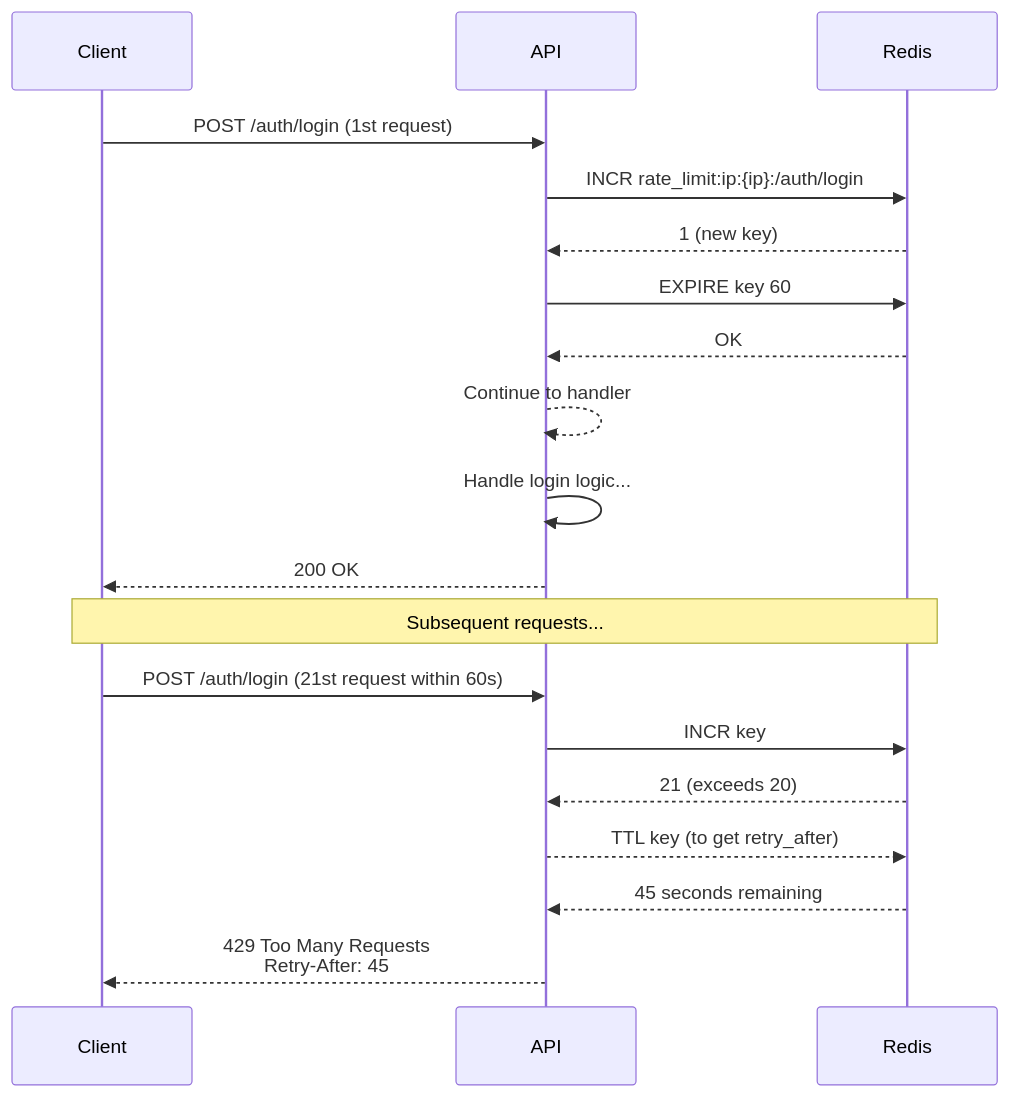
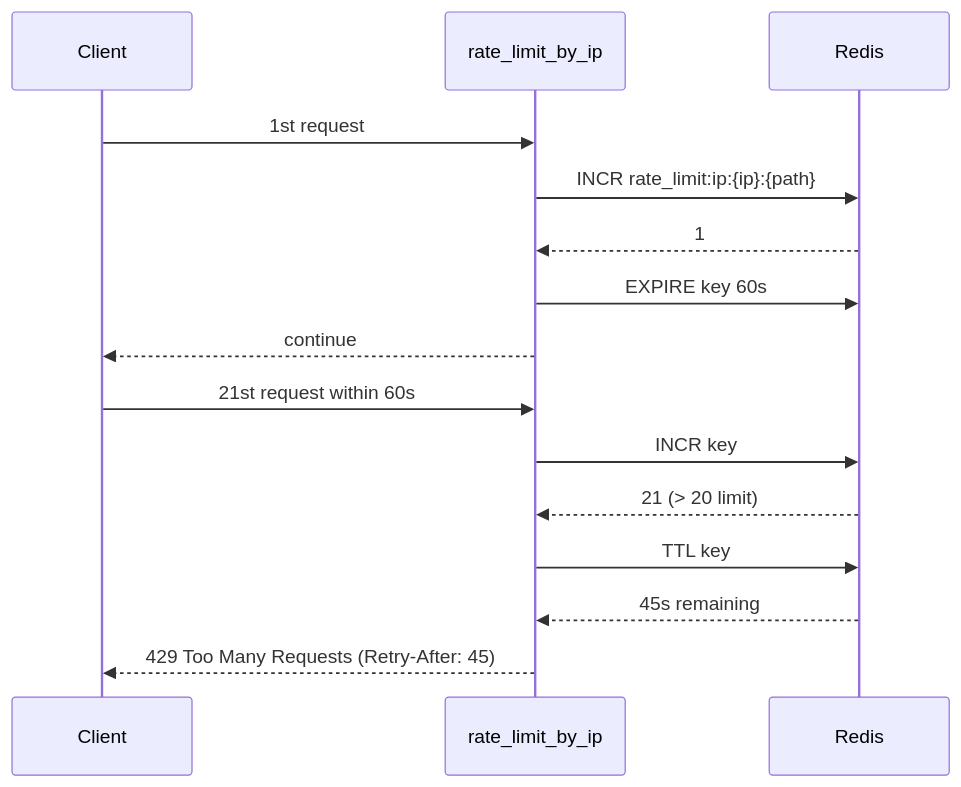
Before and after one commit to anaswaleedtahir/kosmos-ecommerce: the tenth of 10 diagrams in docs/09-sequence-diagrams.md, drawn with Mermaid. The commit also changed other lines of this file and 7 other files, not shown here.

First line of the commit message:
docs: update all docs to reflect hexagonal architecture

````diff
--- a/docs/09-sequence-diagrams.md
+++ b/docs/09-sequence-diagrams.md
@@ -365,24 +277,19 @@
 ```mermaid
 sequenceDiagram
     participant Client
-    participant API
+    participant RateLimit as rate_limit_by_ip
     participant Redis
 
-    Client->>API: POST /auth/login (1st request)
-    API->>Redis: INCR rate_limit:ip:{ip}:/auth/login
-    Redis-->>API: 1 (new key)
-    API->>Redis: EXPIRE key 60
-    Redis-->>API: OK
-    API-->>API: Continue to handler
-    API->>API: Handle login logic...
-    API-->>Client: 200 OK
+    Client->>RateLimit: 1st request
+    RateLimit->>Redis: INCR rate_limit:ip:{ip}:{path}
+    Redis-->>RateLimit: 1
+    RateLimit->>Redis: EXPIRE key 60s
+    RateLimit-->>Client: continue
 
-    Note over Client,Redis: Subsequent requests...
-
-    Client->>API: POST /auth/login (21st request within 60s)
-    API->>Redis: INCR key
-    Redis-->>API: 21 (exceeds 20)
-    API-->>Redis: TTL key (to get retry_after)
-    Redis-->>API: 45 seconds remaining
-    API-->>Client: 429 Too Many Requests<br/>Retry-After: 45
+    Client->>RateLimit: 21st request within 60s
+    RateLimit->>Redis: INCR key
+    Redis-->>RateLimit: 21 (> 20 limit)
+    RateLimit->>Redis: TTL key
+    Redis-->>RateLimit: 45s remaining
+    RateLimit-->>Client: 429 Too Many Requests (Retry-After: 45)
 ```
````
